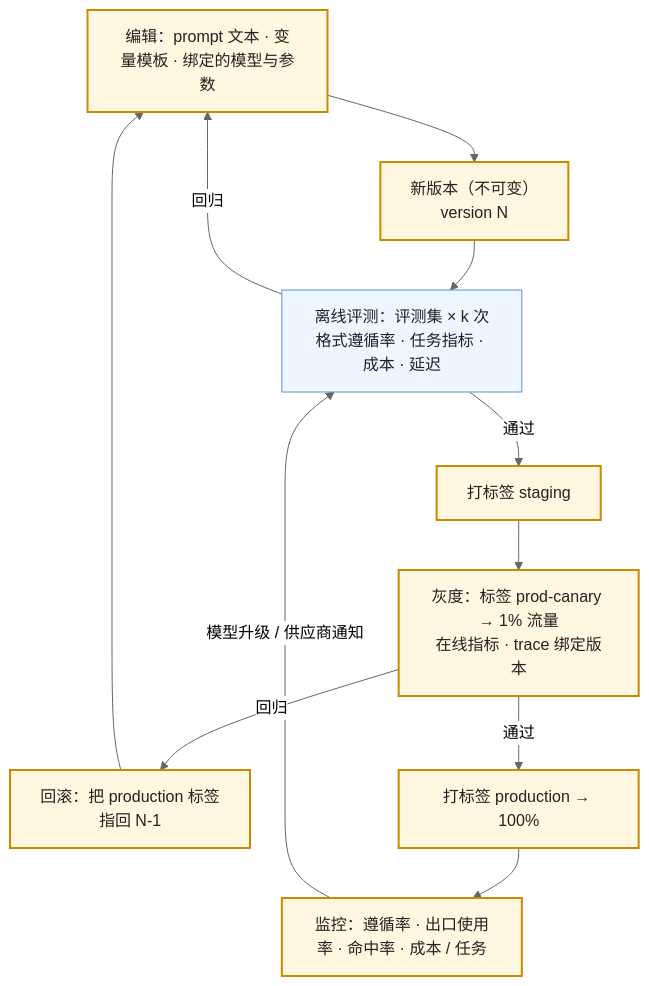
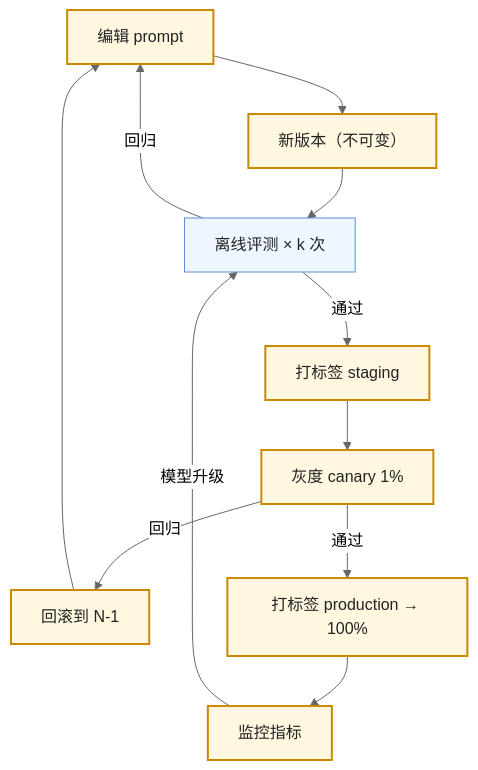
Before and after one commit to arganzheng/arganzheng.github.com: the fourth of 4 diagrams in slides/2026-10-11-context-engineering.md, drawn with Mermaid (neutral theme). The commit also changed other lines of this file, not shown here.

Commit message:
slides/context-engineering: cut/shorten mermaid diagrams below 14px rendered text (check-render smalltext/overlap)

````diff
--- a/slides/2026-10-11-context-engineering.md
+++ b/slides/2026-10-11-context-engineering.md
@@ -177,19 +170,19 @@
 ```mermaid
 %%{init: {"flowchart": {"wrappingWidth": 180}}}%%
 flowchart TB
-    E["编辑：prompt 文本 · 变量模板 · 绑定的模型与参数"] --> V["新版本（不可变）<br/>version N"]
-    V --> T["离线评测：评测集 × k 次<br/>格式遵循率 · 任务指标 · 成本 · 延迟"]
+    E["编辑 prompt"] --> V["新版本（不可变）"]
+    V --> T["离线评测 × k 次"]
     T -->|"回归"| E
     T -->|"通过"| L1["打标签 staging"]
-    L1 --> G["灰度：标签 prod-canary → 1% 流量<br/>在线指标 · trace 绑定版本"]
-    G -->|"回归"| RB["回滚：把 production 标签指回 N-1"]
+    L1 --> G["灰度 canary 1%"]
+    G -->|"回归"| RB["回滚到 N-1"]
     G -->|"通过"| L2["打标签 production → 100%"]
-    L2 --> M["监控：遵循率 · 出口使用率 · 命中率 · 成本 / 任务"]
-    M -->|"模型升级 / 供应商通知"| T
+    L2 --> M["监控指标"]
+    M -->|"模型升级"| T
     RB --> E
 
     classDef step fill:#fff7e0,stroke:#c98a00,stroke-width:2px,color:#222
     classDef gate fill:#eef6ff,stroke:#5b8fd6,color:#222
     class E,V,L1,G,L2,M,RB step
     class T gate
 ```
````
